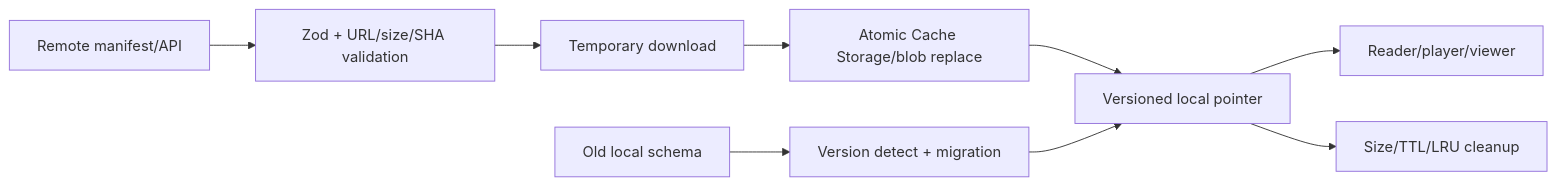
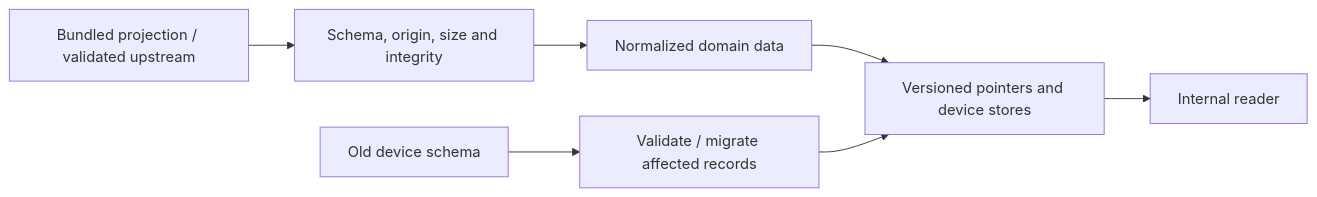
The second of 19 diagrams in docs/architecture.md (gyspnk/GYSApp-Tauri), drawn with Mermaid before and after one commit. The commit also changed other lines of this file and 140 other files, not shown here.

````diff
--- a/docs/architecture.md
+++ b/docs/architecture.md
@@ -84,11 +58,8 @@
 ```mermaid
 flowchart LR
-  REMOTE[Remote manifest/API] --> VALIDATE[Zod + URL/size/SHA validation]
-  VALIDATE --> TEMP[Temporary download]
-  TEMP --> ATOMIC[Atomic Cache Storage/blob replace]
-  ATOMIC --> POINTER[Versioned local pointer]
-  POINTER --> READER[Reader/player/viewer]
-  POINTER --> GC[Size/TTL/LRU cleanup]
-  MIGRATE[Old local schema] --> CHECK[Version detect + migration]
-  CHECK --> POINTER
+  SOURCE[Bundled projection / validated upstream] --> CHECK[Schema, origin, size and integrity]
+  CHECK --> MODEL[Normalized domain data]
+  MODEL --> DEVICE[Versioned pointers and device stores]
+  DEVICE --> VIEW[Internal reader]
+  LEGACY[Old device schema] --> MIGRATE[Validate / migrate affected records] --> DEVICE
 ```
````
